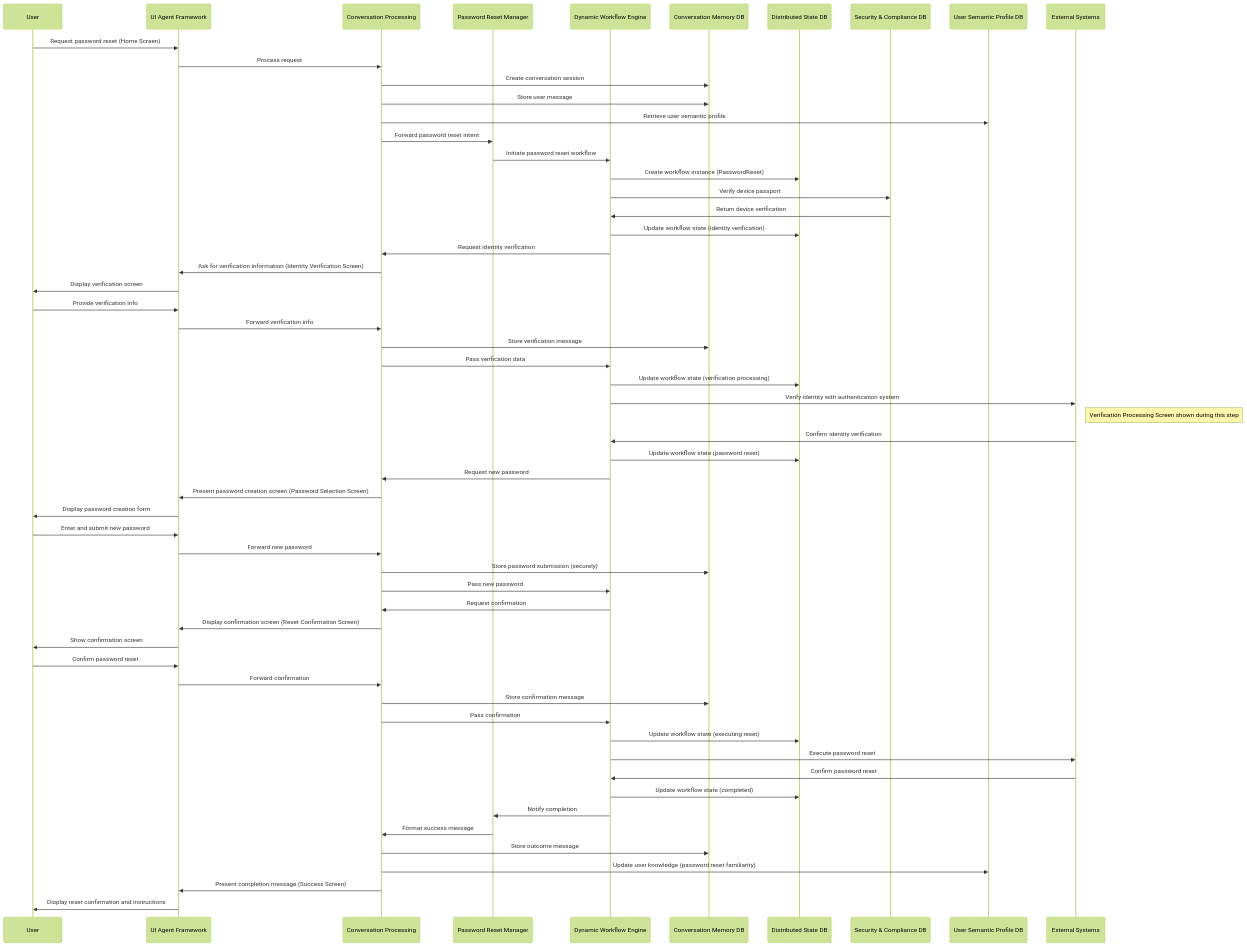
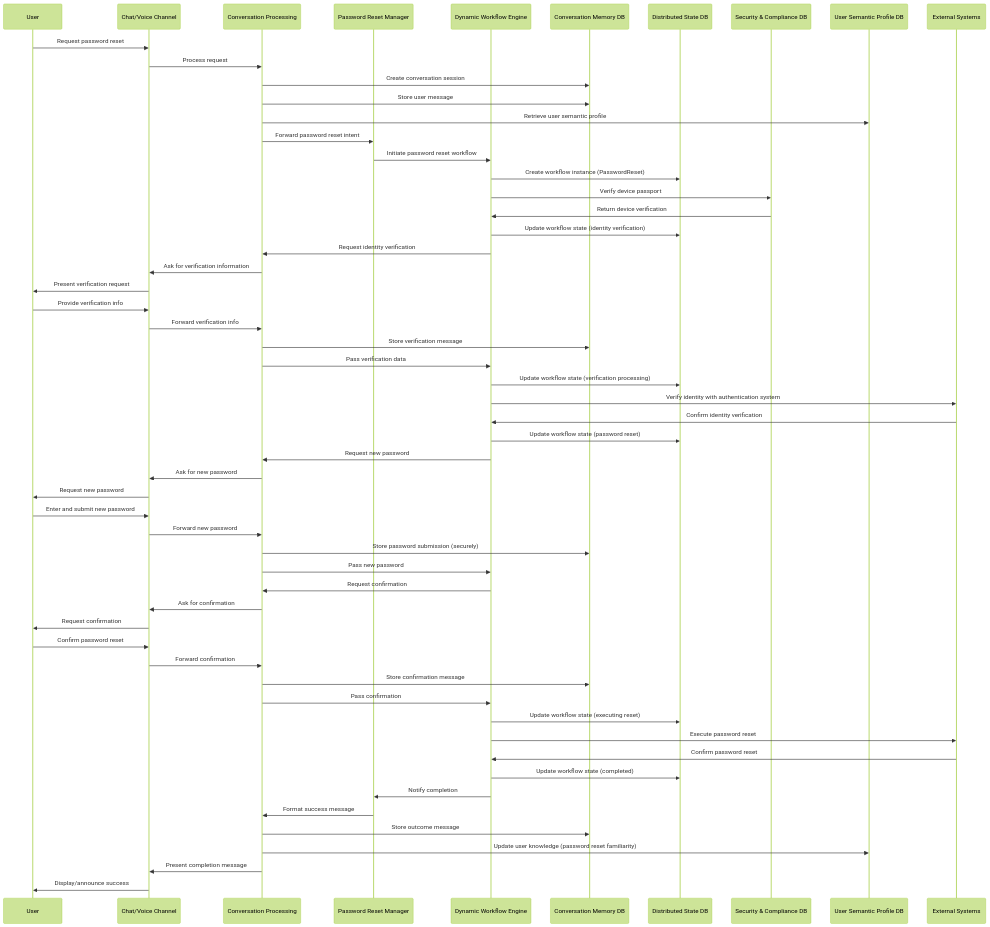
Before and after one commit to ME-ai-agents/docs_prod: diagram 11 of 31 in ME.AI Data Architecture and Flows.md, drawn with Mermaid (forest theme). The commit also changed other lines of this file, not shown here.

Commit message:
Update ME.AI Data Architecture and Flows.md

````diff
--- a/ME.AI Data Architecture and Flows.md
+++ b/ME.AI Data Architecture and Flows.md
@@ -1008,75 +1061,74 @@
 ```mermaid
 sequenceDiagram
     participant User
-    participant UI as UI Agent Framework
+    participant Channel as Chat/Voice Channel
     participant CP as Conversation Processing
     participant PRM as Password Reset Manager
     participant DWE as Dynamic Workflow Engine
     participant CMDB as Conversation Memory DB
     participant DSDB as Distributed State DB
     participant SCDB as Security & Compliance DB
     participant USPDB as User Semantic Profile DB
     participant ES as External Systems
 
-    User->>UI: Request password reset (Home Screen)
-    UI->>CP: Process request
+    User->>Channel: Request password reset
+    Channel->>CP: Process request
     CP->>CMDB: Create conversation session
     CP->>CMDB: Store user message
     CP->>USPDB: Retrieve user semantic profile
     
     CP->>PRM: Forward password reset intent
     PRM->>DWE: Initiate password reset workflow
     
     DWE->>DSDB: Create workflow instance (PasswordReset)
     
     DWE->>SCDB: Verify device passport
     SCDB->>DWE: Return device verification
     
     DWE->>DSDB: Update workflow state (identity verification)
     DWE->>CP: Request identity verification
-    CP->>UI: Ask for verification information (Identity Verification Screen)
-    UI->>User: Display verification screen
+    CP->>Channel: Ask for verification information
+    Channel->>User: Present verification request
     
-    User->>UI: Provide verification info
-    UI->>CP: Forward verification info
+    User->>Channel: Provide verification info
+    Channel->>CP: Forward verification info
     CP->>CMDB: Store verification message
     CP->>DWE: Pass verification data
     
     DWE->>DSDB: Update workflow state (verification processing)
     DWE->>ES: Verify identity with authentication system
-    Note right of ES: Verification Processing Screen shown during this step
     ES->>DWE: Confirm identity verification
     
     DWE->>DSDB: Update workflow state (password reset)
     DWE->>CP: Request new password
-    CP->>UI: Present password creation screen (Password Selection Screen)
-    UI->>User: Display password creation form
+    CP->>Channel: Ask for new password
+    Channel->>User: Request new password
 
-    User->>UI: Enter and submit new password
-    UI->>CP: Forward new password
+    User->>Channel: Enter and submit new password
+    Channel->>CP: Forward new password
     CP->>CMDB: Store password submission (securely)
     CP->>DWE: Pass new password
     
     DWE->>CP: Request confirmation
-    CP->>UI: Display confirmation screen (Reset Confirmation Screen)
-    UI->>User: Show confirmation screen
+    CP->>Channel: Ask for confirmation
+    Channel->>User: Request confirmation
     
-    User->>UI: Confirm password reset
-    UI->>CP: Forward confirmation
+    User->>Channel: Confirm password reset
+    Channel->>CP: Forward confirmation
     CP->>CMDB: Store confirmation message
     CP->>DWE: Pass confirmation
     
     DWE->>DSDB: Update workflow state (executing reset)
     DWE->>ES: Execute password reset
     ES->>DWE: Confirm password reset
     
     DWE->>DSDB: Update workflow state (completed)
     DWE->>PRM: Notify completion
     PRM->>CP: Format success message
     
     CP->>CMDB: Store outcome message
     CP->>USPDB: Update user knowledge (password reset familiarity)
     
-    CP->>UI: Present completion message (Success Screen)
-    UI->>User: Display reset confirmation and instructions
+    CP->>Channel: Present completion message
+    Channel->>User: Display/announce success
 ```
````
